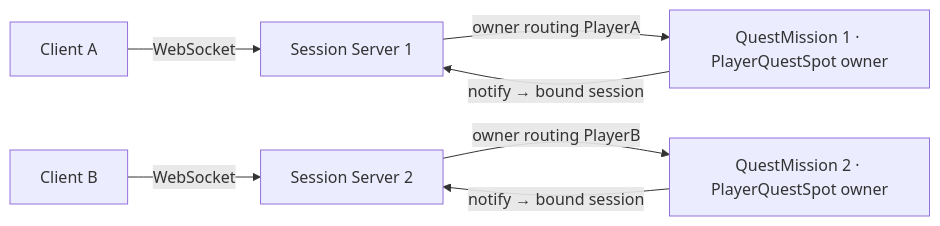
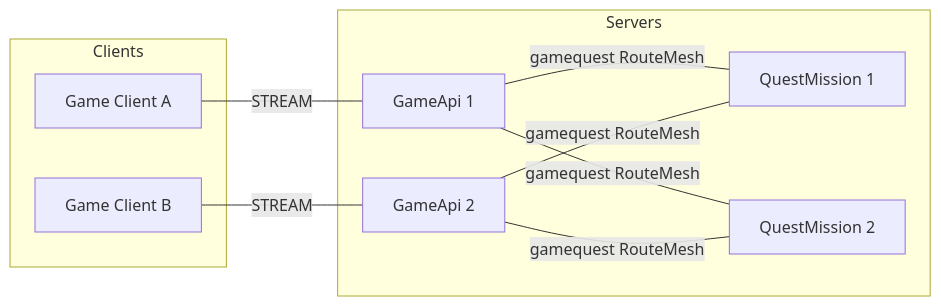
One commit to kairos-code-dev/zlink changed the second of 5 diagrams in framework/doc/framework/common/sample/event/gamequest.ko.md. Above: the diagram before and after it, drawn with Mermaid. The commit also changed other lines of this file and 39 other files, not shown here.

````diff
--- a/framework/doc/framework/common/sample/event/gamequest.ko.md
+++ b/framework/doc/framework/common/sample/event/gamequest.ko.md
@@ -287,16 +102,19 @@
 ```mermaid
-graph LR
-    C1[Client A]
-    C2[Client B]
-    SS1[Session Server 1]
-    SS2[Session Server 2]
-    PA[QuestMission 1 · PlayerQuestSpot owner]
-    PB[QuestMission 2 · PlayerQuestSpot owner]
-
-    C1 -->|WebSocket| SS1
-    C2 -->|WebSocket| SS2
-    SS1 -->|owner routing PlayerA| PA
-    SS2 -->|owner routing PlayerB| PB
-    PA -->|notify → bound session| SS1
-    PB -->|notify → bound session| SS2
+flowchart LR
+    subgraph Clients[Clients]
+        C1[Game Client A]
+        C2[Game Client B]
+    end
+    subgraph Servers[Servers]
+        G1[GameApi 1]
+        G2[GameApi 2]
+        Q1[QuestMission 1]
+        Q2[QuestMission 2]
+    end
+    C1 ---|STREAM| G1
+    C2 ---|STREAM| G2
+    G1 ---|gamequest RouteMesh| Q1
+    G1 ---|gamequest RouteMesh| Q2
+    G2 ---|gamequest RouteMesh| Q1
+    G2 ---|gamequest RouteMesh| Q2
 ```
````
